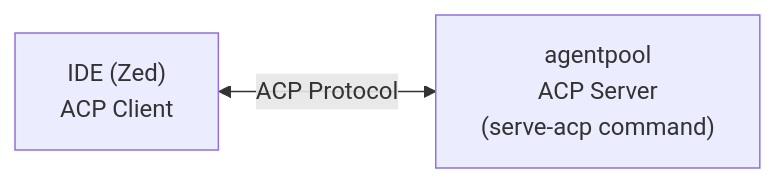
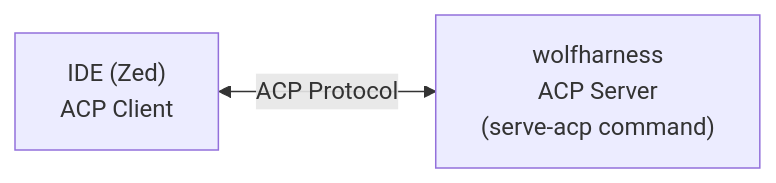
One commit to Leoyzen/agentpool changed the first of 5 diagrams in docs/how-to/advanced/acp-integration.md. Above: the diagram before and after it, drawn with Mermaid. The commit also changed other lines of this file and 2168 other files, not shown here.

First line of the commit message:
refactor: rename agentpool to wolfharness (#358)

````diff
--- a/docs/how-to/advanced/acp-integration.md
+++ b/docs/how-to/advanced/acp-integration.md
@@ -107,4 +107,4 @@
 ```mermaid
 graph LR
-    A["IDE (Zed)<br/>ACP Client"] <-->|ACP Protocol| B["agentpool<br/>ACP Server<br/>(serve-acp command)"]
+    A["IDE (Zed)<br/>ACP Client"] <-->|ACP Protocol| B["wolfharness<br/>ACP Server<br/>(serve-acp command)"]
 ```
````
